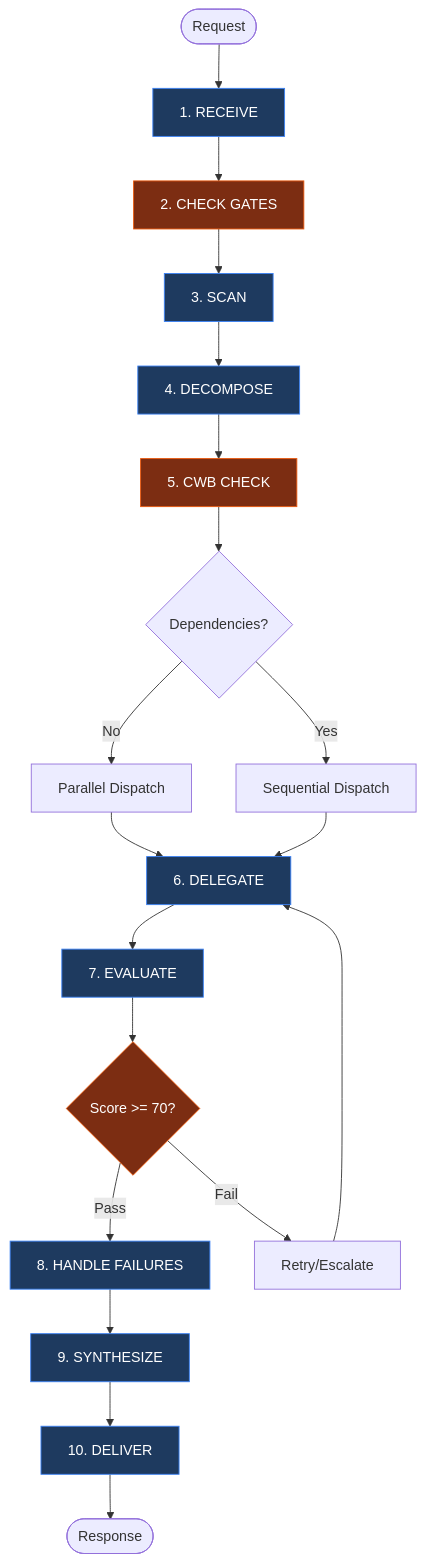
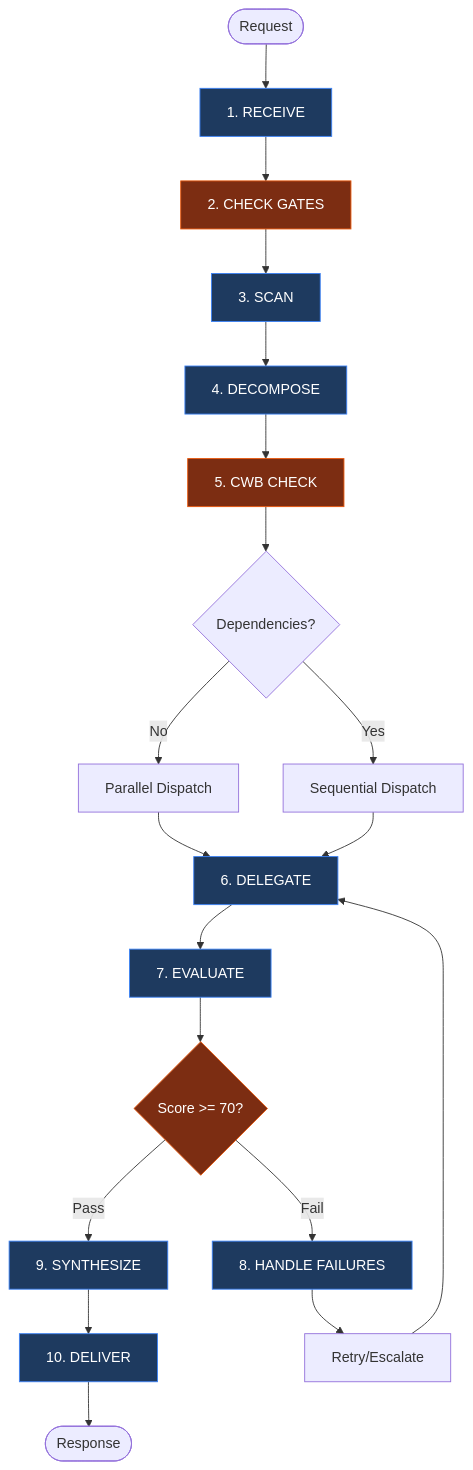
One commit to MichelKerkmeester/opencode-spec-kit-framework changed the first of 2 diagrams in .opencode/agent/orchestrate.md. Above: the diagram before and after it, drawn with Mermaid. The commit also changed other lines of this file and 6 other files, not shown here.

````diff
--- a/.opencode/agent/orchestrate.md
+++ b/.opencode/agent/orchestrate.md
@@ -47,24 +76,24 @@
 ```mermaid
 flowchart TD
     classDef core fill:#1e3a5f,stroke:#3b82f6,color:#fff
     classDef gate fill:#7c2d12,stroke:#ea580c,color:#fff
 
     START([Request]) --> R1[1. RECEIVE]:::core
     R1 --> R2[2. CHECK GATES]:::gate
     R2 --> R3[3. SCAN]:::core
     R3 --> R4[4. DECOMPOSE]:::core
     R4 --> CWB[5. CWB CHECK]:::gate
     CWB --> PARALLEL{Dependencies?}
     PARALLEL -->|No| PAR[Parallel Dispatch]
     PARALLEL -->|Yes| SEQ[Sequential Dispatch]
     PAR --> R6[6. DELEGATE]:::core
     SEQ --> R6
     R6 --> R7[7. EVALUATE]:::core
     R7 --> QUALITY{Score >= 70?}:::gate
-    QUALITY -->|Pass| R8[8. HANDLE FAILURES]:::core
-    QUALITY -->|Fail| RETRY[Retry/Escalate]
+    QUALITY -->|Pass| R9[9. SYNTHESIZE]:::core
+    QUALITY -->|Fail| R8[8. HANDLE FAILURES]:::core
+    R8 --> RETRY[Retry/Escalate]
     RETRY --> R6
-    R8 --> R9[9. SYNTHESIZE]:::core
     R9 --> R10[10. DELIVER]:::core
     R10 --> DONE([Response])
 ```
````
